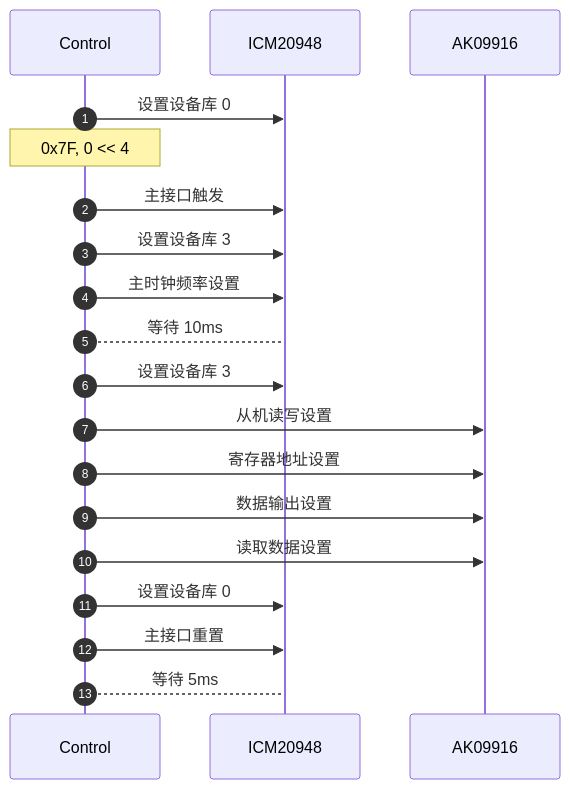
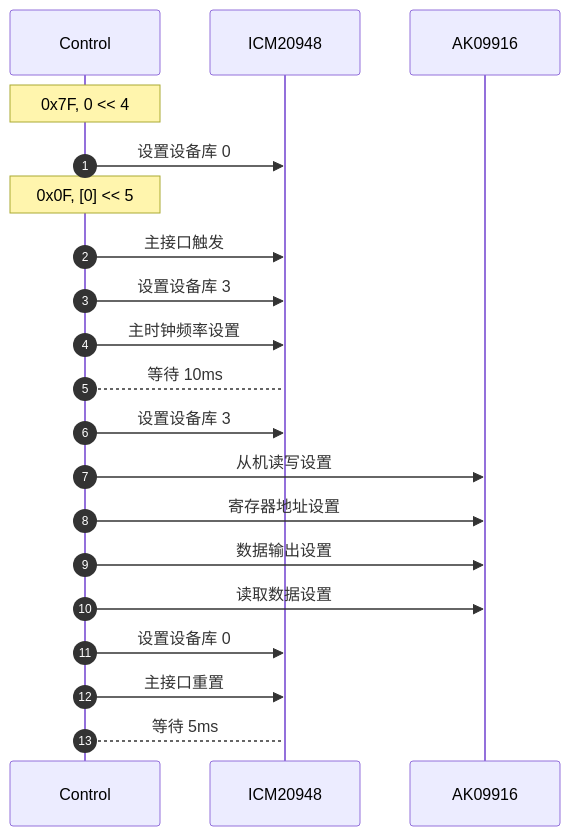
One commit to hkdickyko/hkdickyko.github.io changed the fourth of 4 diagrams in _posts/2025-04-06-mdchart.md. Above: the diagram before and after it, drawn with Mermaid. The commit also changed other lines of this file, not shown here.

```diff
--- a/_posts/2025-04-06-mdchart.md
+++ b/_posts/2025-04-06-mdchart.md
@@ -179,22 +194,23 @@
 <div class="mermaid">
 sequenceDiagram;
    autonumber;
    participant C as Control;
    participant I as ICM20948;
    participant A as AK09916;
+   note over C: 0x7F, 0 << 4;
    C->>I: 设置设备库 0;
-   note over C: 0x7F, 0 << 4;
+   note over C: 0x0F, [0] << 5
    C->>I: 主接口触发;
    C->>I: 设置设备库 3;
    C->>I: 主时钟频率设置;
    C-->I: 等待 10ms;
    C->>I: 设置设备库 3;
    C->>A: 从机读写设置;
    C->>A: 寄存器地址设置;
    C->>A: 数据输出设置;
    C->>A: 读取数据设置;
    C->>I: 设置设备库 0;
    C->>I: 主接口重置;
    C-->I: 等待 5ms;
 
 </div>   
```
